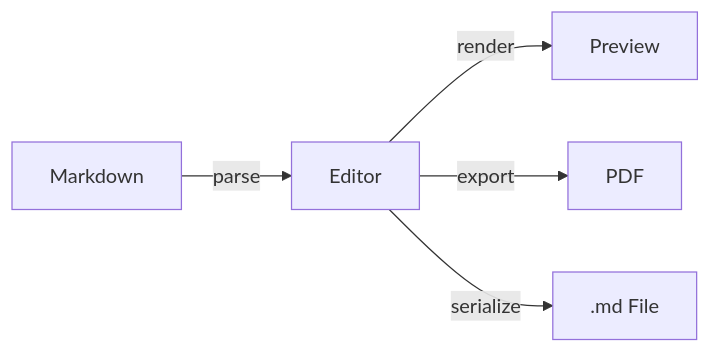
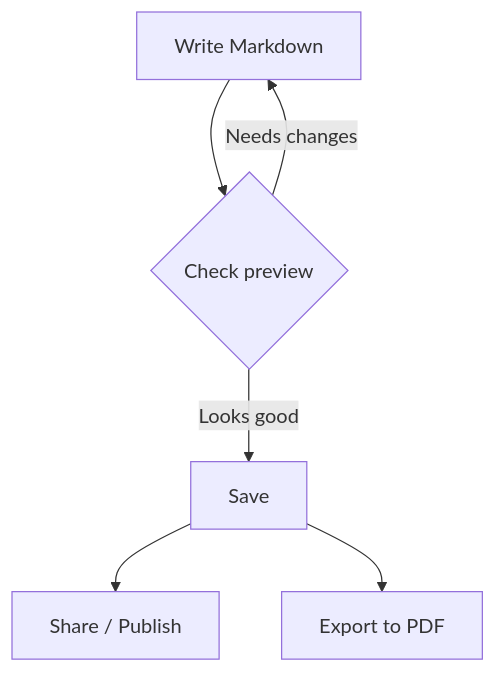
Before and after one commit to kiyotaka-ueda/anytime-markdown: the first of 2 diagrams in packages/editor-core/src/constants/templates/markdownAll-en.md, drawn with Mermaid. The commit also changed other lines of this file and 3 other files, not shown here.

First line of the commit message:
feat(editor-core): Welcome テンプレート改善・Markdown All テンプレート刷新

````diff
--- a/packages/editor-core/src/constants/templates/markdownAll-en.md
+++ b/packages/editor-core/src/constants/templates/markdownAll-en.md
@@ -97,15 +150,8 @@
 ```mermaid
-flowchart LR
-    %% Node definitions
-    A["Markdown"]
-    B["Editor"]
-    C["Preview"]
-    D["PDF"]
-    E[".md File"]
-
-    %% Connections
-    A -->|"parse"| B
-    B -->|"render"| C
-    B -->|"export"| D
-    B -->|"serialize"| E
+flowchart TD
+    A["Write Markdown"] --> B{"Check preview"}
+    B -->|"Looks good"| C["Save"]
+    B -->|"Needs changes"| A
+    C --> D["Share / Publish"]
+    C --> E["Export to PDF"]
 ```
````
